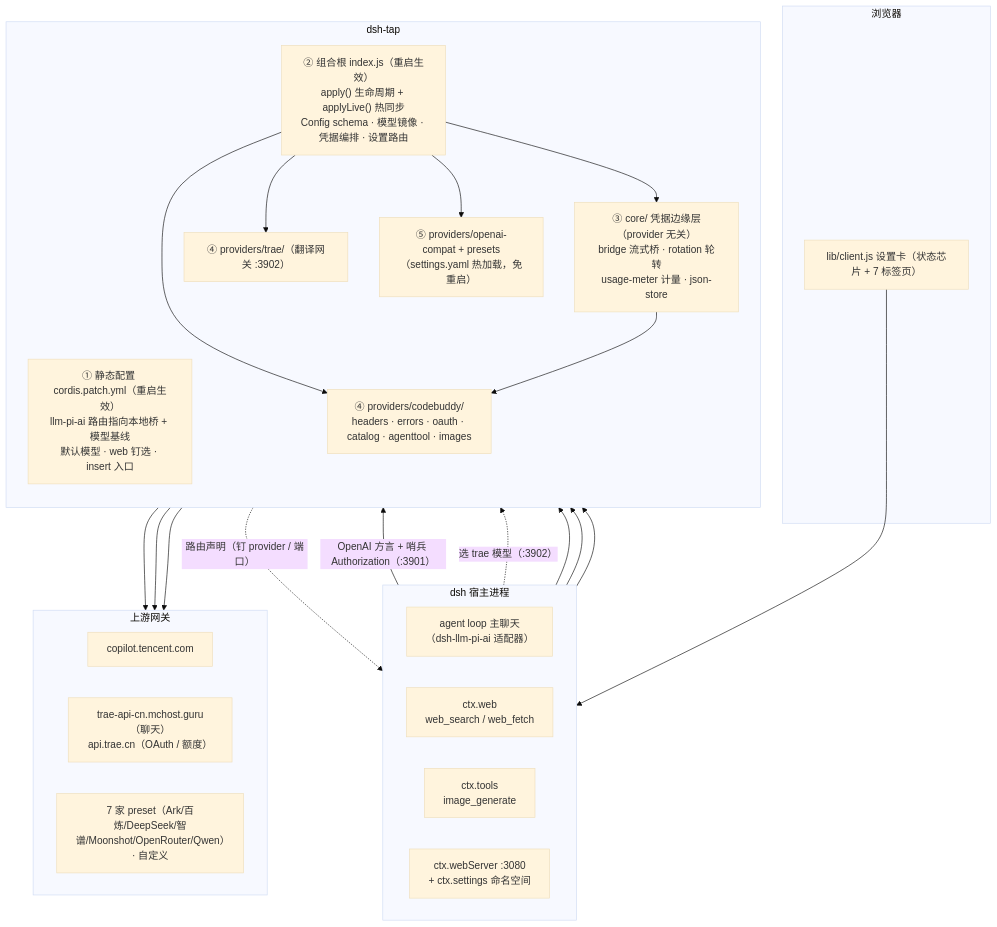
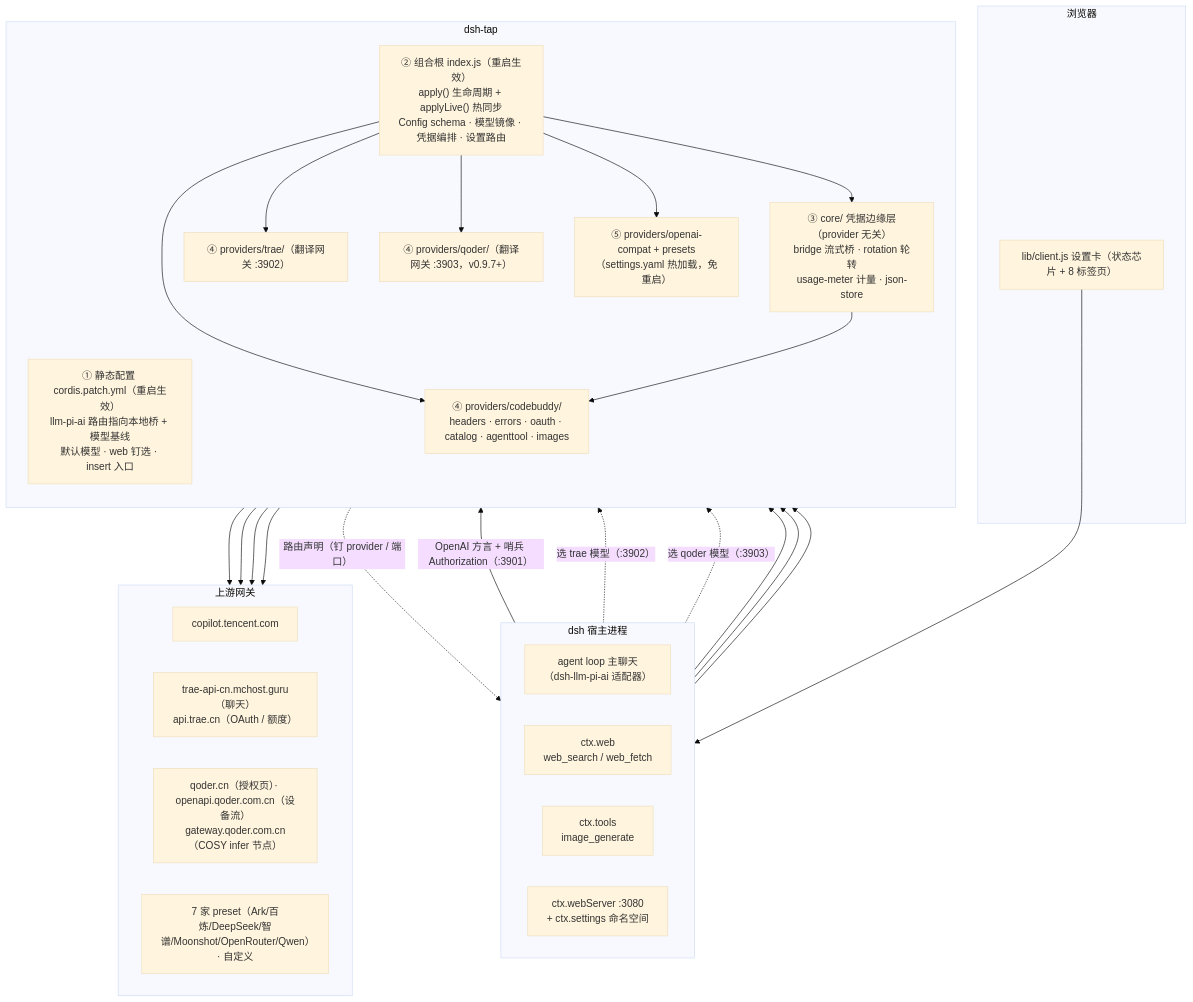
The first of 5 diagrams in wiki/01-architecture.md (taikaikaikai-pixel/dsh-codebuddy-plugin), drawn with Mermaid (base theme) before and after one commit. The commit also changed other lines of this file and 8 other files, not shown here.

````diff
--- a/wiki/01-architecture.md
+++ b/wiki/01-architecture.md
@@ -21,47 +22,52 @@
 ```mermaid
 flowchart TB
     subgraph HOST["dsh 宿主进程"]
         direction LR
         H1["agent loop 主聊天<br/>（dsh-llm-pi-ai 适配器）"]
         H2["ctx.web<br/>web_search / web_fetch"]
         H3["ctx.tools<br/>image_generate"]
         H4["ctx.webServer :3080<br/>+ ctx.settings 命名空间"]
     end
 
     subgraph BROWSER["浏览器"]
-        CARD["lib/client.js 设置卡（状态芯片 + 7 标签页）"]
+        CARD["lib/client.js 设置卡（状态芯片 + 8 标签页）"]
     end
 
     subgraph PLUGIN["dsh-tap"]
         direction TB
         L1["① 静态配置 cordis.patch.yml（重启生效）<br/>llm-pi-ai 路由指向本地桥 + 模型基线<br/>默认模型 · web 钉选 · insert 入口"]
         L2["② 组合根 index.js（重启生效）<br/>apply() 生命周期 + applyLive() 热同步<br/>Config schema · 模型镜像 · 凭据编排 · 设置路由"]
         L3["③ core/ 凭据边缘层（provider 无关）<br/>bridge 流式桥 · rotation 轮转<br/>usage-meter 计量 · json-store"]
         L41["④ providers/codebuddy/<br/>headers · errors · oauth · catalog · agenttool · images"]
         L42["④ providers/trae/（翻译网关 :3902）"]
+        L44["④ providers/qoder/（翻译网关 :3903，v0.9.7+）"]
         L43["⑤ providers/openai-compat + presets<br/>（settings.yaml 热加载，免重启）"]
     end
 
     subgraph GW["上游网关"]
         direction LR
         G1["copilot.tencent.com"]
         G2["trae-api-cn.mchost.guru（聊天）<br/>api.trae.cn（OAuth / 额度）"]
+        G4["qoder.cn（授权页）· openapi.qoder.com.cn（设备流）<br/>gateway.qoder.com.cn（COSY infer 节点）"]
         G3["7 家 preset（Ark/百炼/DeepSeek/智谱/Moonshot/OpenRouter/Qwen）· 自定义"]
     end
 
     H1 -->|"OpenAI 方言 + 哨兵 Authorization（:3901）"| L3
     H1 -.->|"选 trae 模型（:3902）"| L42
+    H1 -.->|"选 qoder 模型（:3903）"| L44
     H2 --> L41
     H3 --> L41
     H4 --> L2
     CARD --> H4
     L1 -.->|"路由声明（钉 provider / 端口）"| H1
     L2 --> L3
     L2 --> L41
     L2 --> L42
+    L2 --> L44
     L2 --> L43
     L3 --> L41
     L41 --> G1
     L42 --> G2
+    L44 --> G4
     L43 --> G3
 ```
````
